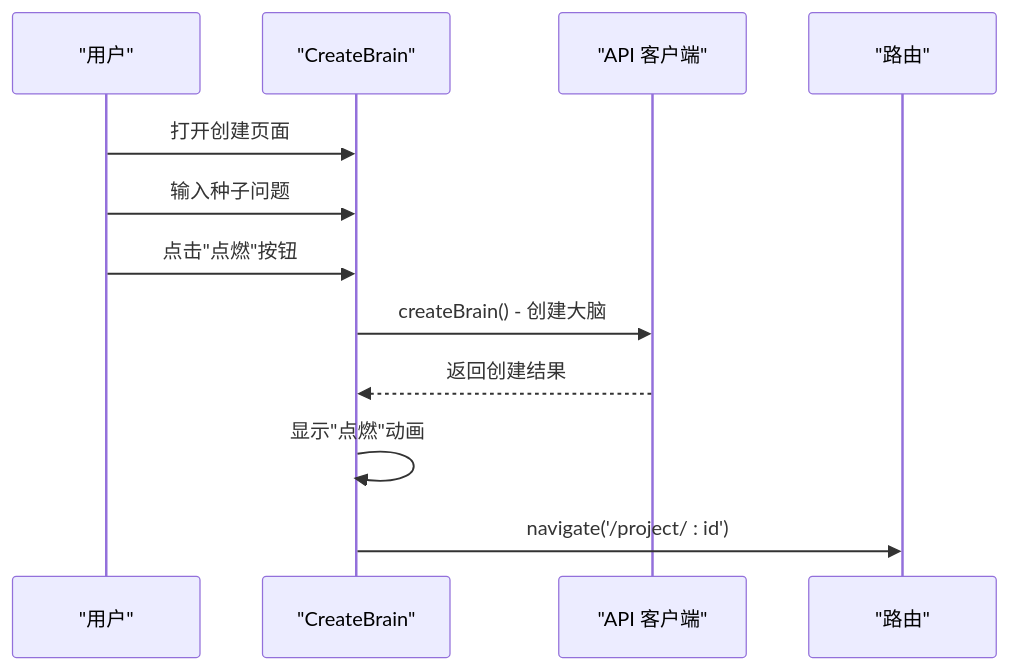
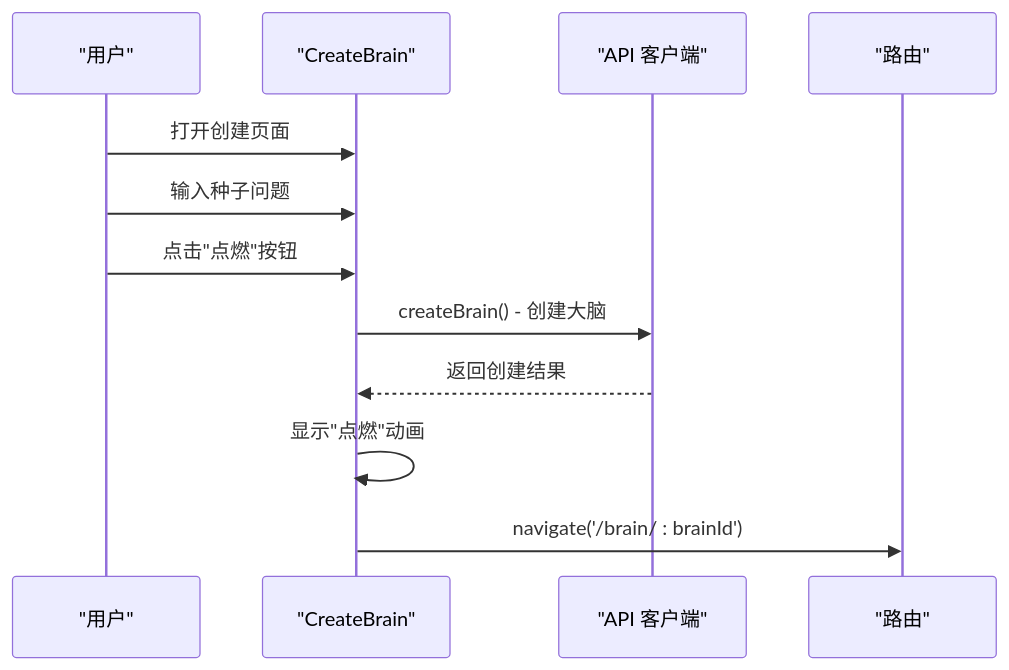
Before and after one commit to GDY-ai/ainstein: the ninth of 22 diagrams in .qoder/repowiki/zh/content/前端应用/前端应用.md, drawn with Mermaid. The commit also changed other lines of this file and 47 other files, not shown here.

````diff
--- a/.qoder/repowiki/zh/content/前端应用/前端应用.md
+++ b/.qoder/repowiki/zh/content/前端应用/前端应用.md
@@ -355,14 +357,14 @@
 ```mermaid
 sequenceDiagram
 participant User as "用户"
 participant CreateBrain as "CreateBrain"
 participant API as "API 客户端"
 participant Router as "路由"
 User->>CreateBrain : 打开创建页面
 User->>CreateBrain : 输入种子问题
 User->>CreateBrain : 点击"点燃"按钮
 CreateBrain->>API : createBrain() - 创建大脑
 API-->>CreateBrain : 返回创建结果
 CreateBrain->>CreateBrain : 显示"点燃"动画
-CreateBrain->>Router : navigate('/project/ : id')
+CreateBrain->>Router : navigate('/brain/ : brainId')
 ```
````
